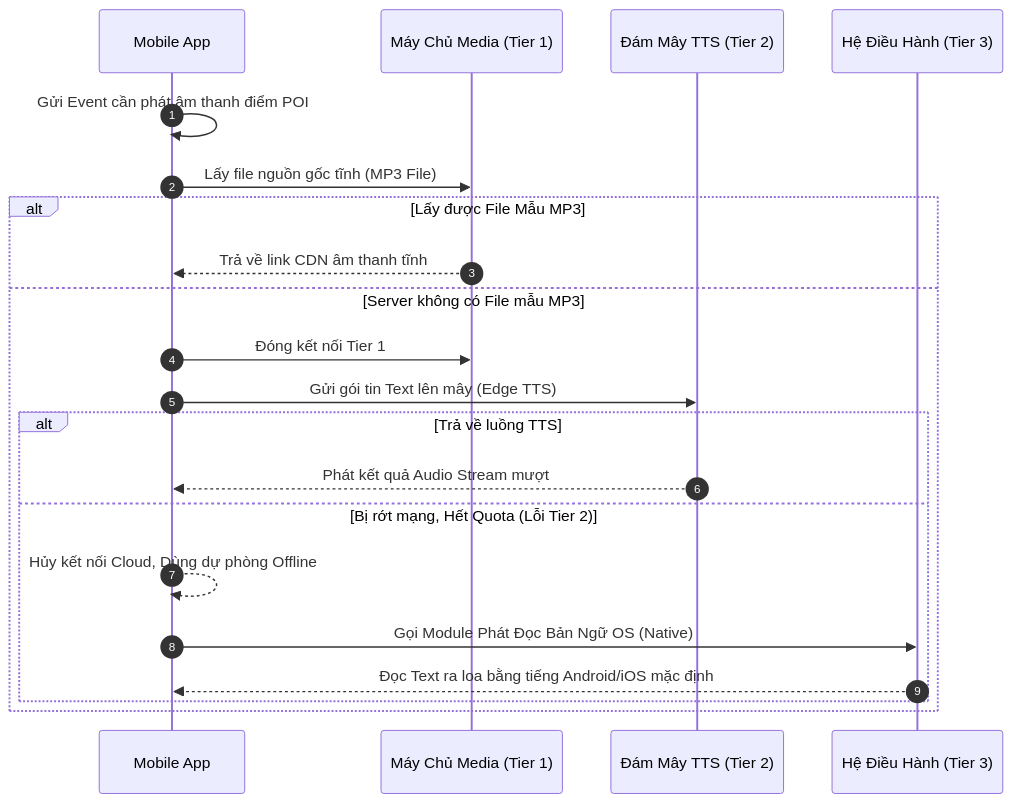
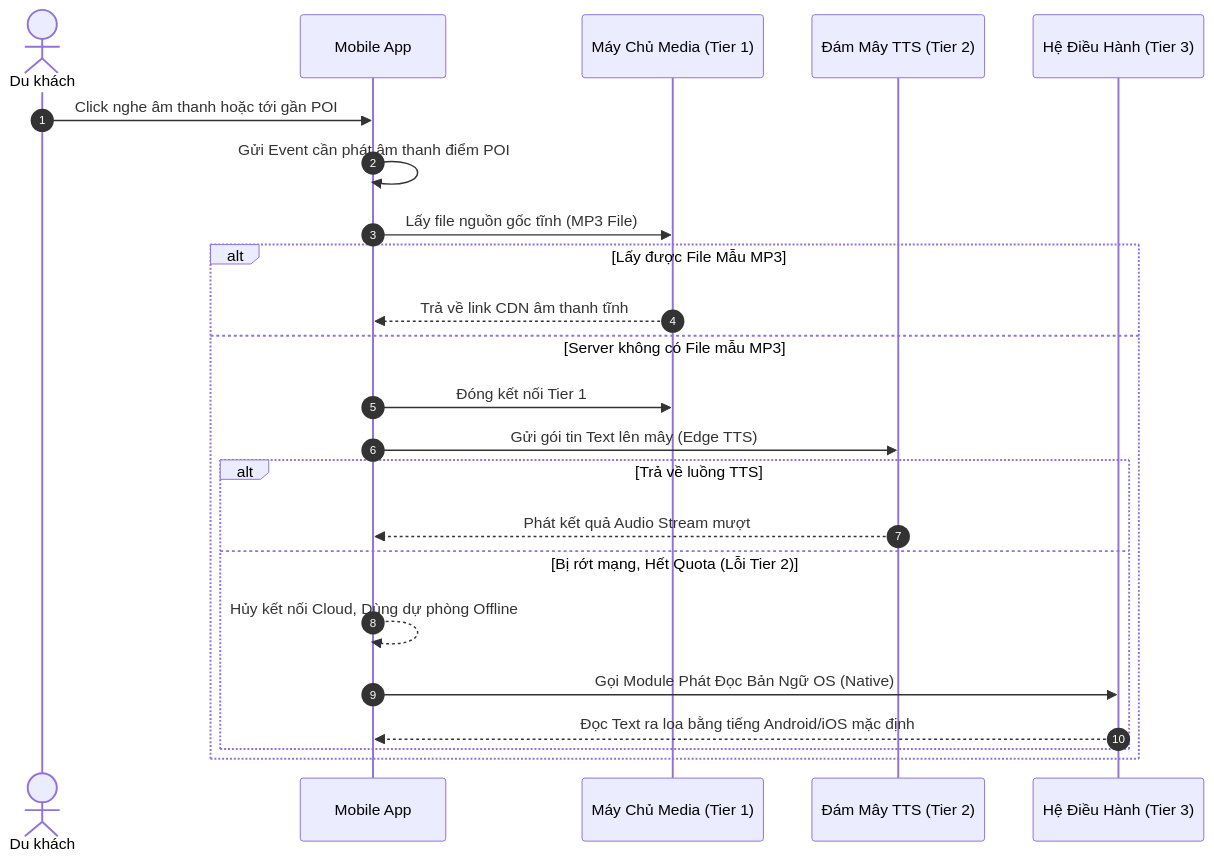
Before and after one commit to thphong2412/VinhKhanhFoodAPI: the seventh of 17 diagrams in PRD_VinhKhanh_Project_2026.md, drawn with Mermaid. The commit also changed other lines of this file, not shown here.

Commit message:
Update PRD: Remove map offline/tour, add User actor in diagram 9.6 and 9.7

````diff
--- a/PRD_VinhKhanh_Project_2026.md
+++ b/PRD_VinhKhanh_Project_2026.md
@@ -289,26 +286,28 @@
 ```mermaid
 sequenceDiagram
     autonumber
+    actor User as Du khách
     participant App as Mobile App
     participant T1 as Máy Chủ Media (Tier 1)
     participant T2 as Đám Mây TTS (Tier 2)
     participant T3 as Hệ Điều Hành (Tier 3)
 
+    User->>App: Click nghe âm thanh hoặc tới gần POI
     App->>App: Gửi Event cần phát âm thanh điểm POI
     App->>T1: Lấy file nguồn gốc tĩnh (MP3 File)
     
     alt Lấy được File Mẫu MP3
         T1-->>App: Trả về link CDN âm thanh tĩnh
     else Server không có File mẫu MP3
         App->>T1: Đóng kết nối Tier 1
         App->>T2: Gửi gói tin Text lên mây (Edge TTS)
         
         alt Trả về luồng TTS
             T2-->>App: Phát kết quả Audio Stream mượt
         else Bị rớt mạng, Hết Quota (Lỗi Tier 2)
             App-->>App: Hủy kết nối Cloud, Dùng dự phòng Offline
             App->>T3: Gọi Module Phát Đọc Bản Ngữ OS (Native)
             T3-->>App: Đọc Text ra loa bằng tiếng Android/iOS mặc định
         end
     end
 ```
````
